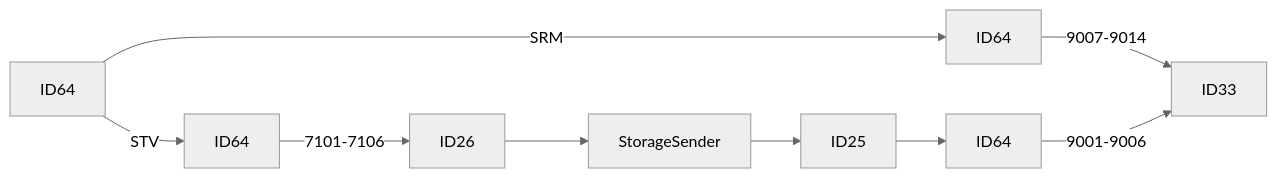
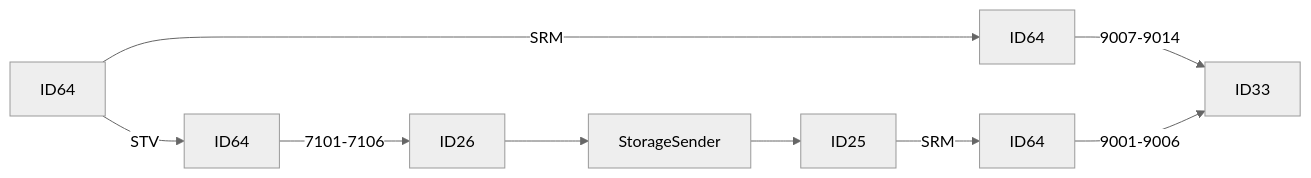
Before and after one commit to luthfiadityaa/SimeDarby-Wiki: the third of 24 diagrams in Basic-Design/DFD-WMS/Storage/Unplanned-Storage/Unplanned-Storage-from-HP.md, drawn with Mermaid (neutral theme).

Commit message:
Updated Unplanned Storage from HP

```diff
--- a/Basic-Design/DFD-WMS/Storage/Unplanned-Storage/Unplanned-Storage-from-HP.md
+++ b/Basic-Design/DFD-WMS/Storage/Unplanned-Storage/Unplanned-Storage-from-HP.md
@@ -29,8 +29,8 @@
 ::: mermaid
 flowchart LR
 P18[ID64]--> |SRM| P13[ID64]  
-P18[ID64]--> |STV| P19[ID64]--> |7101-7106| P20[ID26]-->P21[StorageSender]-->P22[ID25]-->P23[ID64]
+P18[ID64]--> |STV| P19[ID64]--> |7101-7106| P20[ID26]-->P21[StorageSender]-->P22[ID25]--> |SRM| P23[ID64]
 
 P13[ID64]--> |9007-9014| P14[ID33]
 P23[ID64]--> |9001-9006|P14[ID33]
 :::
```
